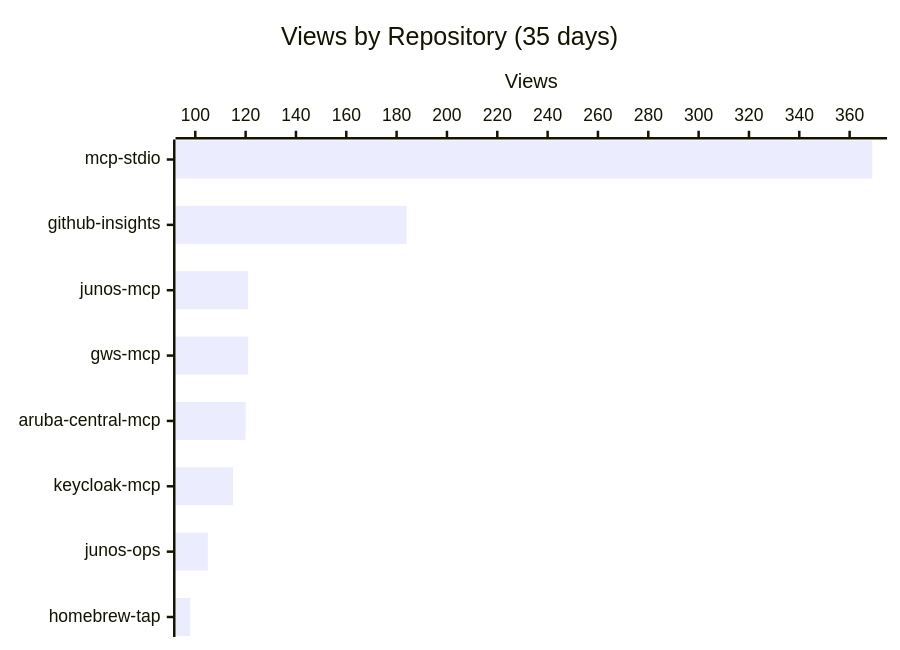
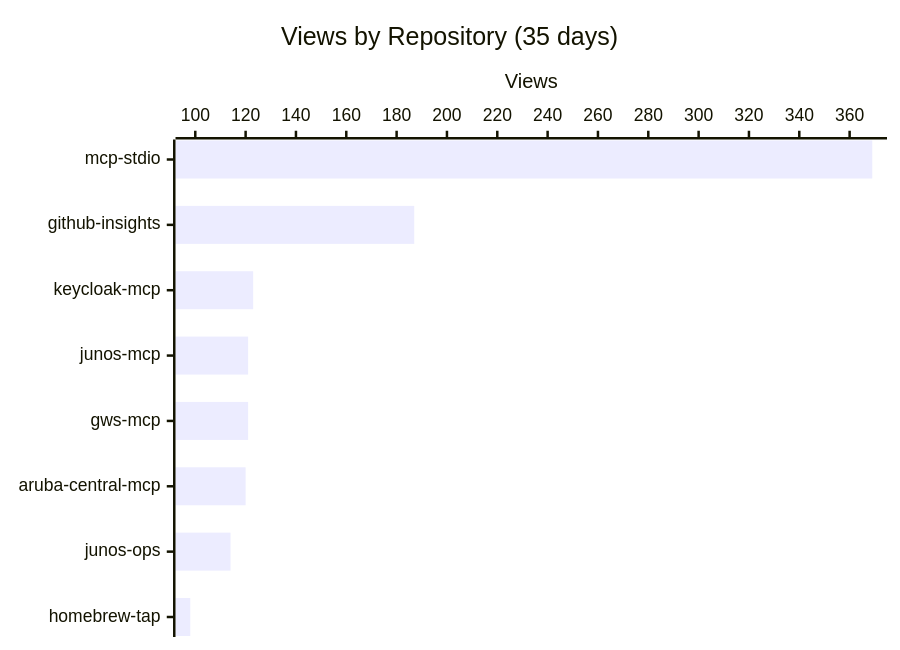
The first of 3 diagrams in README.md (shigechika/github-insights), drawn with Mermaid before and after one commit. The commit also changed other lines of this file and 1 other file, not shown here.

````diff
--- a/README.md
+++ b/README.md
@@ -14,7 +14,7 @@
 ```mermaid
 xychart-beta horizontal
     title "Views by Repository (35 days)"
-    x-axis ["mcp-stdio", "github-insights", "junos-mcp", "gws-mcp", "aruba-central-mcp", "keycloak-mcp", "junos-ops", "homebrew-tap"]
+    x-axis ["mcp-stdio", "github-insights", "keycloak-mcp", "junos-mcp", "gws-mcp", "aruba-central-mcp", "junos-ops", "homebrew-tap"]
     y-axis "Views"
-    bar [369, 184, 121, 121, 120, 115, 105, 98]
+    bar [369, 187, 123, 121, 121, 120, 114, 98]
 ```
````
